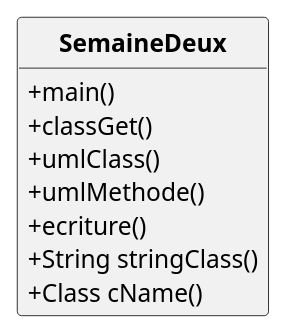
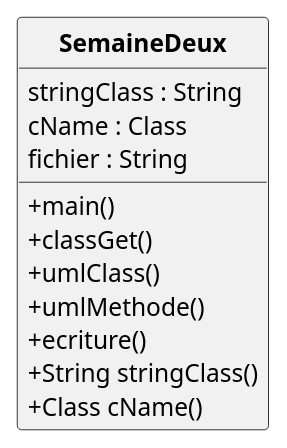
The diagram in out/production/saep21/uml/semaineDeuxUML.puml (D3B1RUM4N/SAE_P21), drawn with PlantUML before and after one commit. The commit also changed 5 other files, not shown here.

```diff
--- a/out/production/saep21/uml/semaineDeuxUML.puml
+++ b/out/production/saep21/uml/semaineDeuxUML.puml
@@ -1,18 +1,21 @@
 @startuml
 skinparam style strictuml
 skinparam classAttributeIconSize 0
 skinparam classFontStyle Bold
 hide empty members
 
 
-
+'generer par code
 class SemaineDeux{
+stringClass : String
+cName : Class
+fichier : String
 +main()
 +classGet()
 +umlClass()
 +umlMethode()
 +ecriture()
 +String stringClass()
 +Class cName()
 }
 @enduml
```
